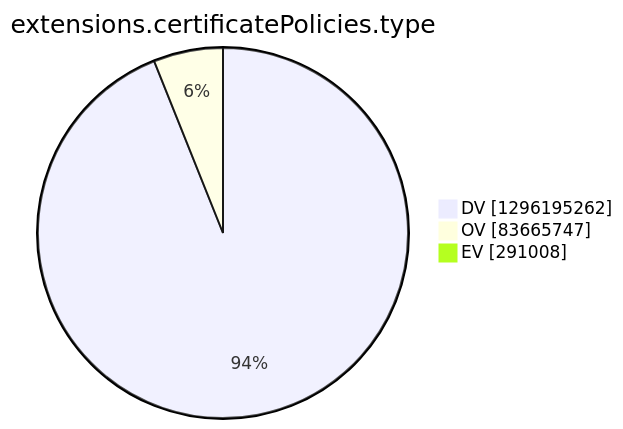
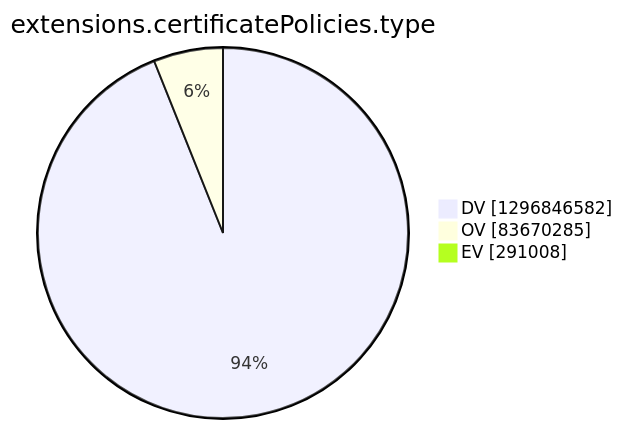
The tenth of 15 diagrams in argon2022/README.md (christiankrug/ctmonitor_visualization), drawn with Mermaid before and after one commit. The commit also changed other lines of this file, not shown here.

````diff
--- a/argon2022/README.md
+++ b/argon2022/README.md
@@ -2772,7 +2772,7 @@
 ```mermaid
 pie showData
 title extensions.certificatePolicies.type
-"DV" :1296195262
-"OV" :83665747
+"DV" :1296846582
+"OV" :83670285
 "EV" :291008
 ```
````
